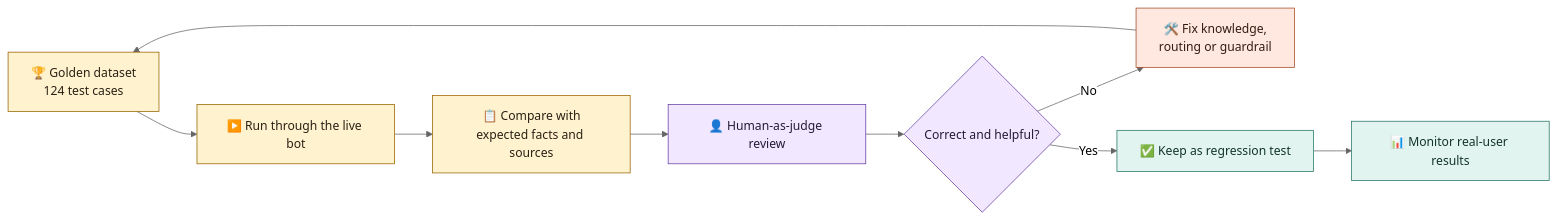
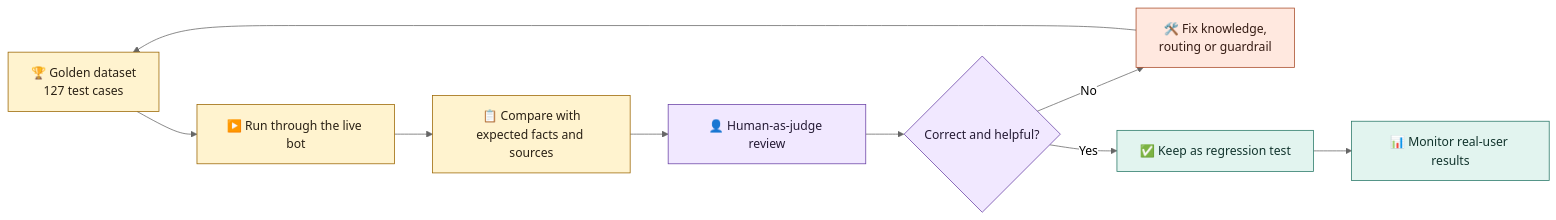
The second of 2 diagrams in README.md (robona-pk/portfolio), drawn with Mermaid (neutral theme) before and after one commit. The commit also changed other lines of this file and 5 other files, not shown here.

````diff
--- a/README.md
+++ b/README.md
@@ -176,21 +176,21 @@
 ```mermaid
 flowchart LR
-    A["🏆 Golden dataset<br/>124 test cases"] --> B["▶️ Run through the live bot"]
+    A["🏆 Golden dataset<br/>127 test cases"] --> B["▶️ Run through the live bot"]
     B --> C["📋 Compare with<br/>expected facts and sources"]
     C --> D["👤 Human-as-judge review"]
     D --> E{"Correct and helpful?"}
     E -- "No" --> F["🛠️ Fix knowledge,<br/>routing or guardrail"]
     F --> A
     E -- "Yes" --> G["✅ Keep as regression test"]
     G --> H["📊 Monitor real-user results"]
 
     classDef test fill:#fff3cf,stroke:#9a6500,color:#2a2115;
     classDef review fill:#f1e8ff,stroke:#6941a5,color:#251b35;
     classDef improve fill:#ffe8df,stroke:#a84a28,color:#351b13;
     classDef pass fill:#e2f4ef,stroke:#277766,color:#12342d;
 
     class A,B,C test;
     class D,E review;
     class F improve;
     class G,H pass;
 ```
````
